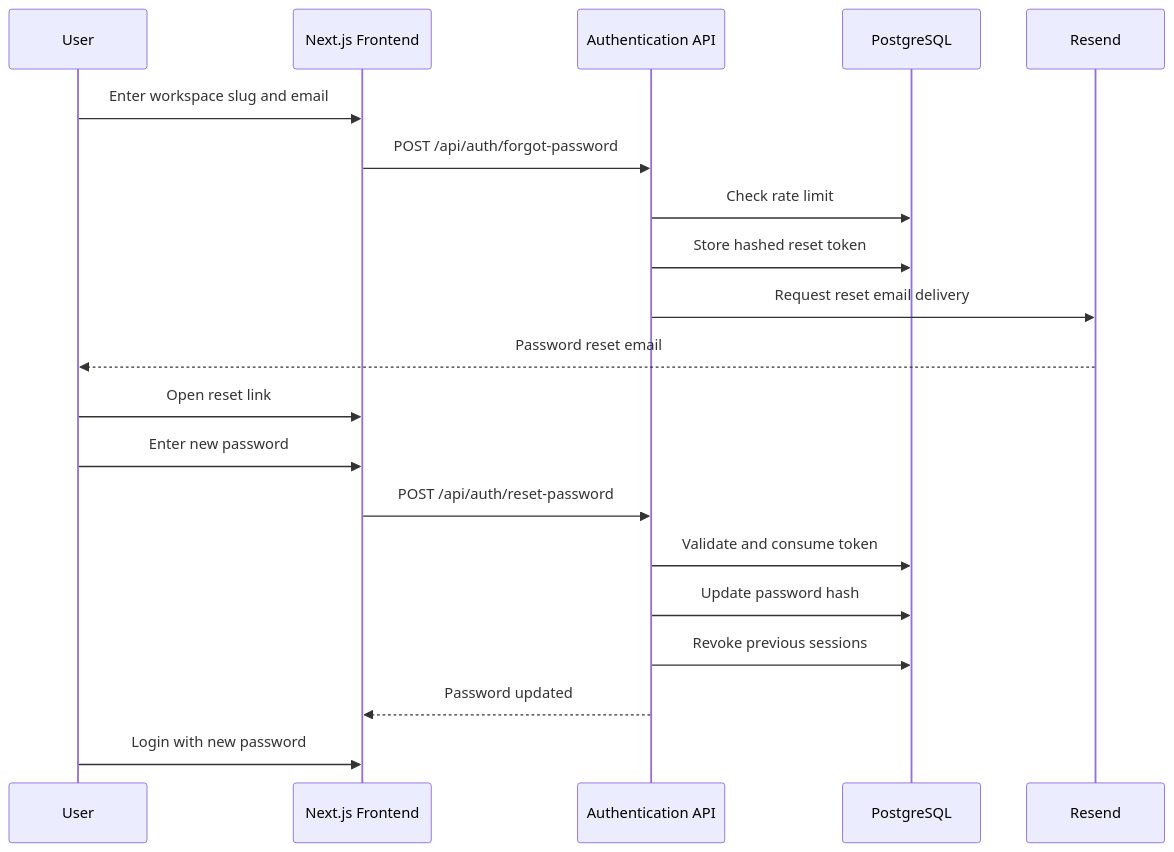
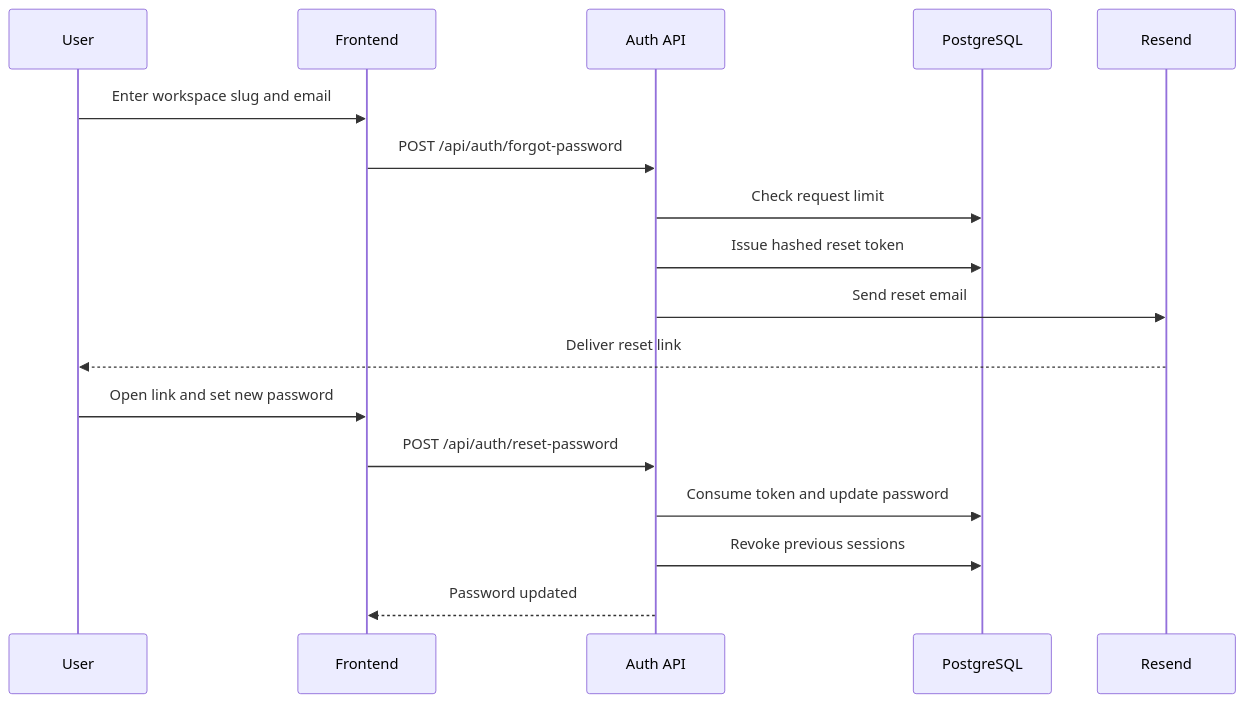
Before and after one commit to foryasith/tenantflow: the third of 3 diagrams in README.md, drawn with Mermaid. The commit also changed other lines of this file, not shown here.

````diff
--- a/README.md
+++ b/README.md
@@ -271,24 +220,19 @@
 ```mermaid
 sequenceDiagram
     participant U as User
-    participant UI as Next.js Frontend
-    participant API as Authentication API
+    participant UI as Frontend
+    participant API as Auth API
     participant DB as PostgreSQL
     participant E as Resend
-
     U->>UI: Enter workspace slug and email
     UI->>API: POST /api/auth/forgot-password
-    API->>DB: Check rate limit
-    API->>DB: Store hashed reset token
-    API->>E: Request reset email delivery
-    E-->>U: Password reset email
-
-    U->>UI: Open reset link
-    U->>UI: Enter new password
+    API->>DB: Check request limit
+    API->>DB: Issue hashed reset token
+    API->>E: Send reset email
+    E-->>U: Deliver reset link
+    U->>UI: Open link and set new password
     UI->>API: POST /api/auth/reset-password
-    API->>DB: Validate and consume token
-    API->>DB: Update password hash
+    API->>DB: Consume token and update password
     API->>DB: Revoke previous sessions
     API-->>UI: Password updated
-    U->>UI: Login with new password
 ```
````
